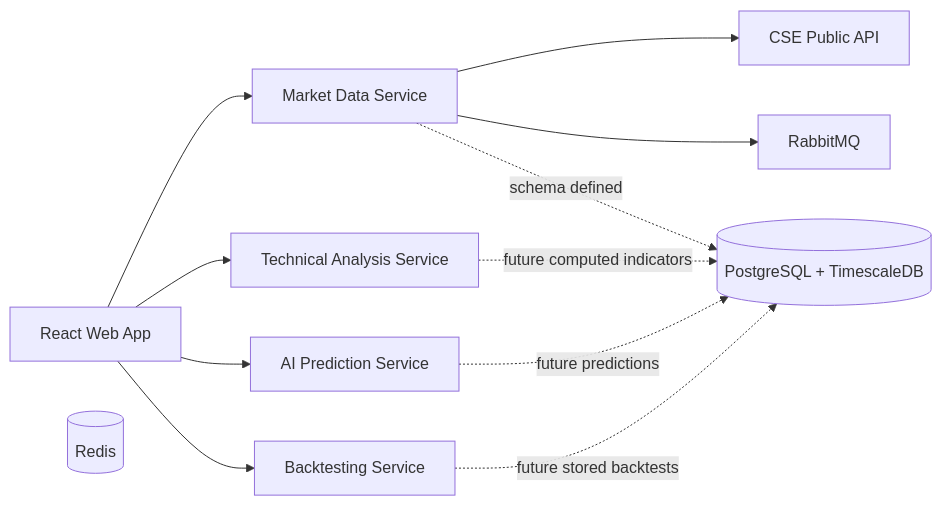
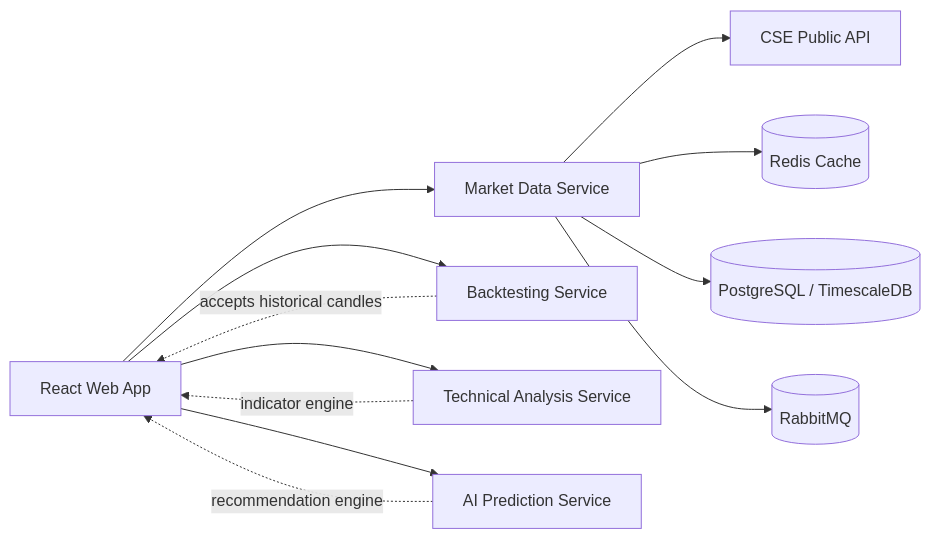
Before and after one commit to warnasooriya/cse-trading-assistance: the diagram in docs/CSE_AI_Trading_Assistant_Documentation.md, drawn with Mermaid. The commit also changed other lines of this file and 45 other files, not shown here.

````diff
--- a/docs/CSE_AI_Trading_Assistant_Documentation.md
+++ b/docs/CSE_AI_Trading_Assistant_Documentation.md
@@ -53,18 +68,16 @@
 ```mermaid
 flowchart LR
   UI[React Web App] --> MDS[Market Data Service]
+  UI --> BTS[Backtesting Service]
   UI --> TAS[Technical Analysis Service]
   UI --> AIS[AI Prediction Service]
-  UI --> BTS[Backtesting Service]
 
   MDS --> CSE[CSE Public API]
-  MDS --> RMQ[RabbitMQ]
+  MDS --> REDIS[(Redis Cache)]
+  MDS --> DB[(PostgreSQL / TimescaleDB)]
+  MDS --> RMQ[(RabbitMQ)]
 
-  DB[(PostgreSQL + TimescaleDB)]
-  REDIS[(Redis)]
-
-  MDS -. schema defined .-> DB
-  TAS -. future computed indicators .-> DB
-  AIS -. future predictions .-> DB
-  BTS -. future stored backtests .-> DB
+  BTS -. accepts historical candles .-> UI
+  TAS -. indicator engine .-> UI
+  AIS -. recommendation engine .-> UI
 ```
````
